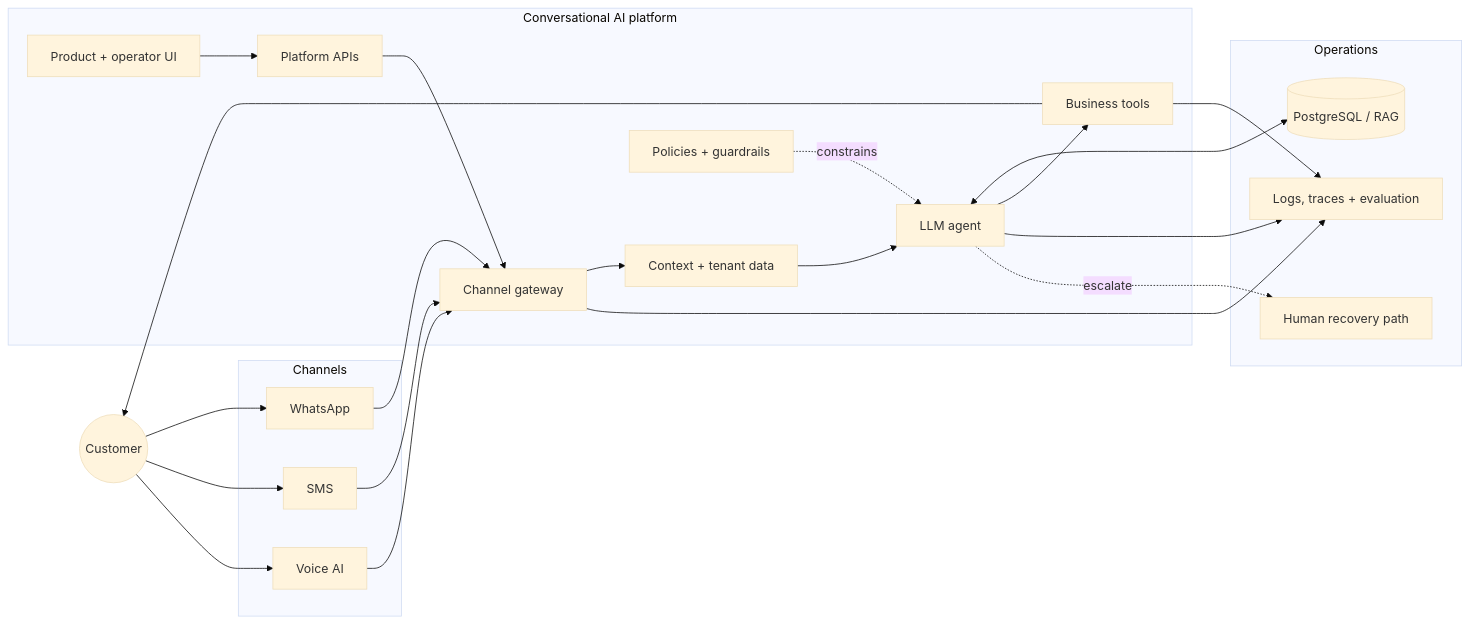
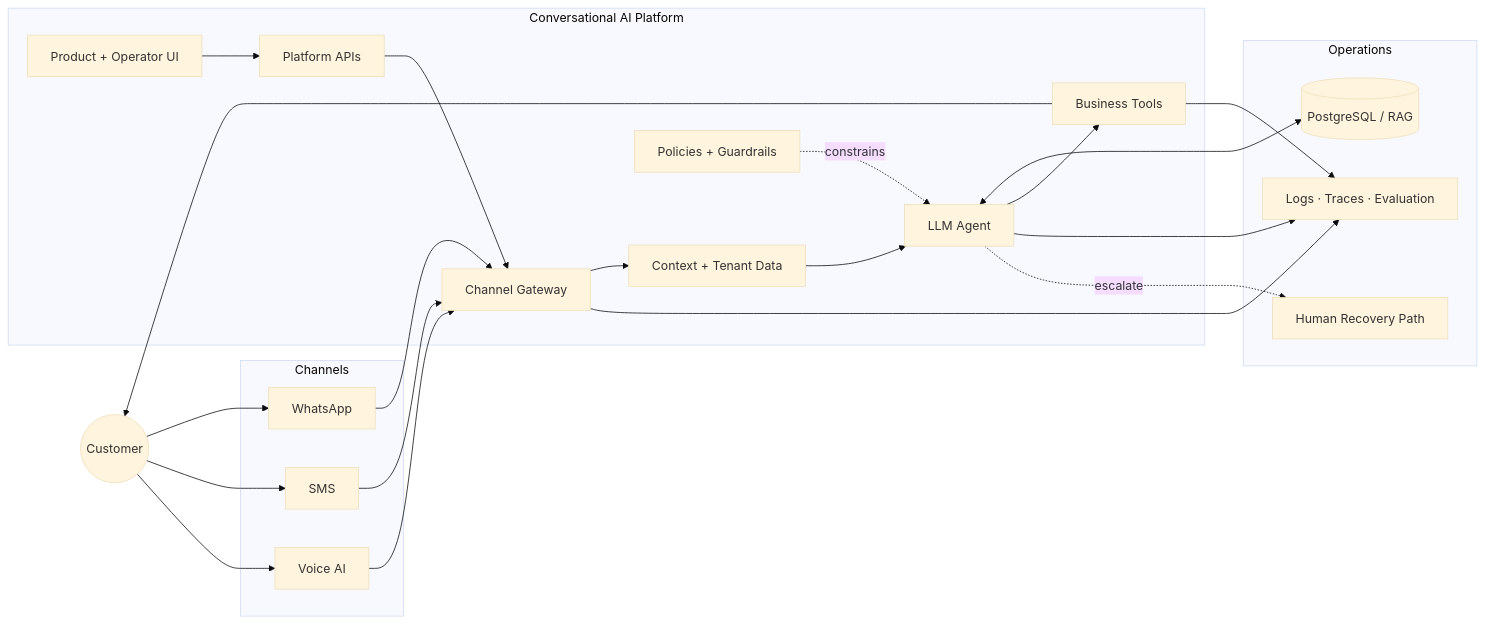
Before and after one commit to mathfrancisco/mathfrancisco: the diagram in README.md, drawn with Mermaid (base theme). The commit also changed other lines of this file, not shown here.

````diff
--- a/README.md
+++ b/README.md
@@ -88,43 +84,52 @@
 ```mermaid
 flowchart LR
     Customer((Customer))
 
     subgraph Channels
         WA[WhatsApp]
         SMS[SMS]
         Voice[Voice AI]
     end
 
-    subgraph Platform["Conversational AI platform"]
-        UI[Product + operator UI]
+    subgraph Platform["Conversational AI Platform"]
+        UI[Product + Operator UI]
         API[Platform APIs]
-        Gateway[Channel gateway]
-        Context[Context + tenant data]
-        Agent[LLM agent]
-        Guardrails[Policies + guardrails]
-        Tools[Business tools]
+        Gateway[Channel Gateway]
+        Context[Context + Tenant Data]
+        Agent[LLM Agent]
+        Guardrails[Policies + Guardrails]
+        Tools[Business Tools]
     end
 
     subgraph Operations
         Data[(PostgreSQL / RAG)]
-        Observe[Logs, traces + evaluation]
-        Human[Human recovery path]
+        Observe[Logs · Traces · Evaluation]
+        Human[Human Recovery Path]
     end
 
     Customer --> WA
     Customer --> SMS
     Customer --> Voice
+
     UI --> API
     API --> Gateway
+
     WA --> Gateway
     SMS --> Gateway
     Voice --> Gateway
-    Gateway --> Context --> Agent
+
+    Gateway --> Context
+    Context --> Agent
+
     Guardrails -. constrains .-> Agent
+
     Agent <--> Data
-    Agent --> Tools --> Customer
+    Agent --> Tools
+    Tools --> Customer
+
     Gateway --> Observe
     Agent --> Observe
     Tools --> Observe
+
     Agent -. escalate .-> Human
 ```
````
